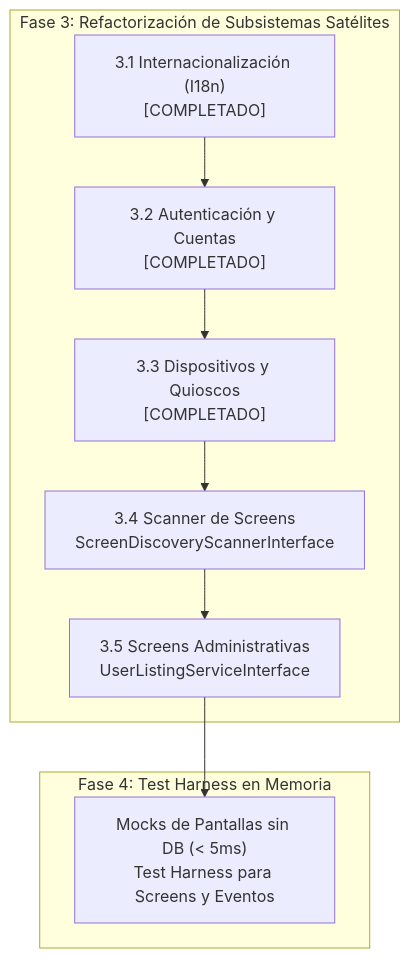
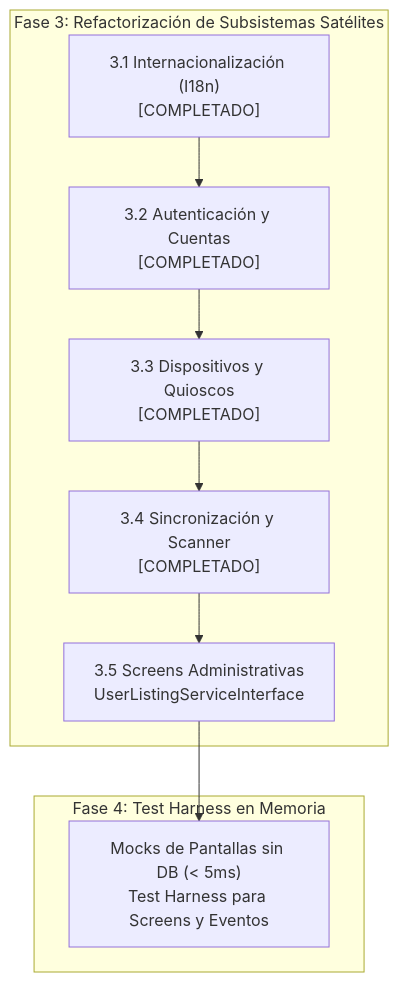
One commit to idei/usim-framework changed the diagram in docs/HANDOVER_REFACTORING_SOLIDO_FASE3_Y_4.md. Above: the diagram before and after it, drawn with Mermaid. The commit also changed other lines of this file and 6 other files, not shown here.

````diff
--- a/docs/HANDOVER_REFACTORING_SOLIDO_FASE3_Y_4.md
+++ b/docs/HANDOVER_REFACTORING_SOLIDO_FASE3_Y_4.md
@@ -64,20 +68,20 @@
 ```mermaid
 flowchart TD
     subgraph Fase3 ["Fase 3: Refactorización de Subsistemas Satélites"]
         F31["3.1 Internacionalización (I18n)\n[COMPLETADO]"]
         F32["3.2 Autenticación y Cuentas\n[COMPLETADO]"]
         F33["3.3 Dispositivos y Quioscos\n[COMPLETADO]"]
-        F34["3.4 Scanner de Screens\nScreenDiscoveryScannerInterface"]
+        F34["3.4 Sincronización y Scanner\n[COMPLETADO]"]
         F35["3.5 Screens Administrativas\nUserListingServiceInterface"]
     end
 
     subgraph Fase4 ["Fase 4: Test Harness en Memoria"]
         F41["Mocks de Pantallas sin DB (< 5ms)\nTest Harness para Screens y Eventos"]
     end
 
     F31 --> F32
     F32 --> F33
     F33 --> F34
     F34 --> F35
     F35 --> F41
 ```
````
